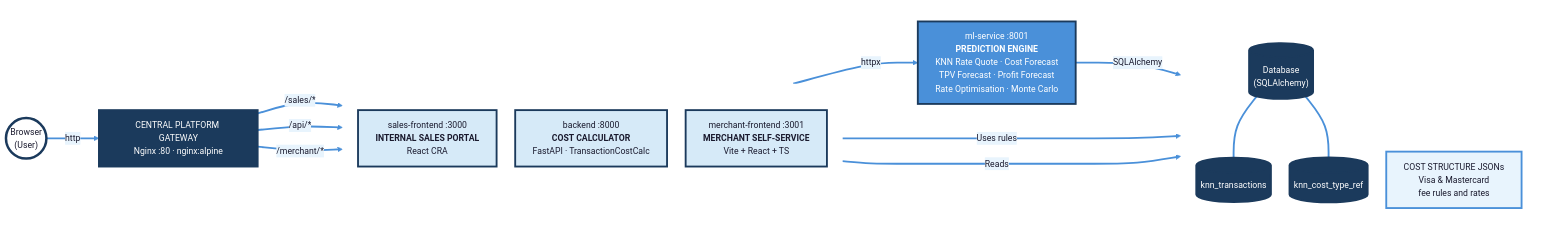
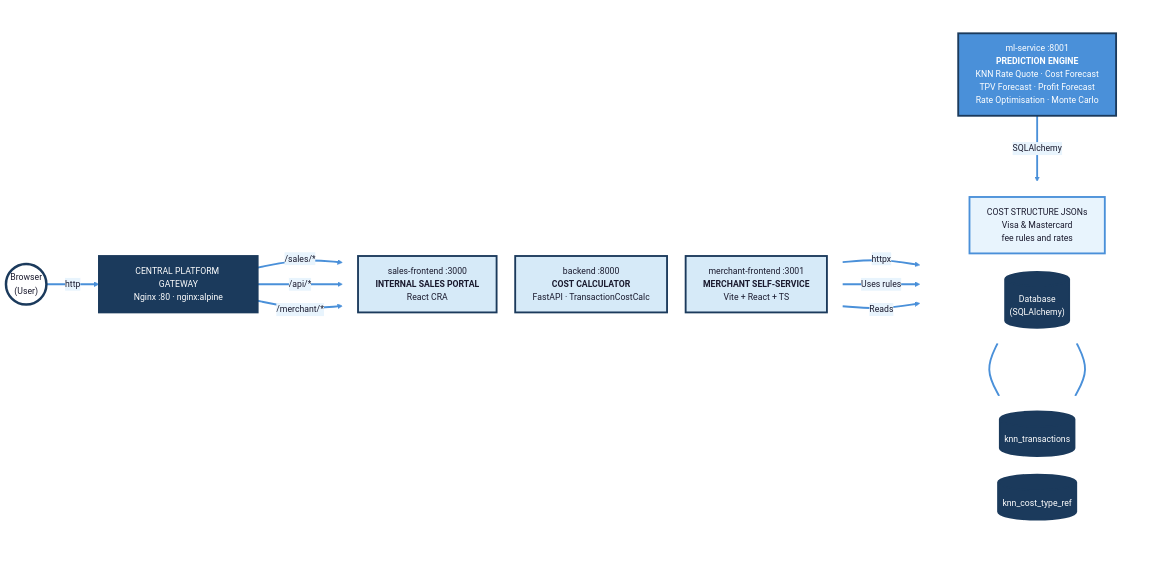
Before and after one commit to Yattmeo/404_found_us: the first of 11 diagrams in ARCHITECTURE.md, drawn with Mermaid.

Commit message:
mermaid js edits

````diff
--- a/ARCHITECTURE.md
+++ b/ARCHITECTURE.md
@@ -5,59 +5,64 @@
 ```mermaid
 %%{init: {'theme': 'base', 'themeVariables': { 'primaryColor': '#D6EAF8', 'primaryTextColor': '#1a1a2e', 'primaryBorderColor': '#4A90D9', 'lineColor': '#4A90D9', 'secondaryColor': '#E8F4FD', 'tertiaryColor': '#F5FAFF', 'fontFamily': 'Segoe UI, sans-serif', 'fontSize': '14px' }, 'flowchart': { 'nodeSpacing': 30, 'rankSpacing': 60, 'padding': 14 }}}%%
 graph LR
     USER(("Browser<br/>(User)"))
 
     USER -->|http| NG
 
     NG["CENTRAL PLATFORM GATEWAY<br/>Nginx :80 · nginx:alpine"]
 
     NG -->|"/sales/*"| FE
     NG -->|"/api/*"| BE
     NG -->|"/merchant/*"| MFE
 
     subgraph Services["  "]
         direction TB
         FE["sales-frontend :3000<br/><b>INTERNAL SALES PORTAL</b><br/>React CRA"]
         BE["backend :8000<br/><b>COST CALCULATOR</b><br/>FastAPI · TransactionCostCalc"]
         MFE["merchant-frontend :3001<br/><b>MERCHANT SELF-SERVICE</b><br/>Vite + React + TS"]
     end
 
     BE -->|httpx| MLS
 
-    subgraph MLBlock["  "]
+    subgraph RightSide["  "]
+        direction TB
         MLS["ml-service :8001<br/><b>PREDICTION ENGINE</b><br/>KNN Rate Quote · Cost Forecast<br/>TPV Forecast · Profit Forecast<br/>Rate Optimisation · Monte Carlo"]
+
+        subgraph DataLayer["  "]
+            direction LR
+            CS["COST STRUCTURE JSONs<br/>Visa & Mastercard<br/>fee rules and rates"]
+            DB[("Database<br/>(SQLAlchemy)")]
+        end
+
+        subgraph Tables["  "]
+            direction LR
+            DB1[("knn_transactions")]
+            DB2[("knn_cost_type_ref")]
+        end
     end
 
     MLS -->|SQLAlchemy| DB
-
-    subgraph DataBlock["  "]
-        direction TB
-        DB[("Database<br/>(SQLAlchemy)")]
-        CS["COST STRUCTURE JSONs<br/>Visa & Mastercard<br/>fee rules and rates"]
-        DB1[("knn_transactions")]
-        DB2[("knn_cost_type_ref")]
-    end
-
     BE -->|Uses rules| CS
     BE -->|Reads| DB
     DB --- DB1
     DB --- DB2
 
     style USER fill:#ffffff,stroke:#1B3A5C,stroke-width:4px,color:#1a1a2e
     style NG fill:#1B3A5C,stroke:#1B3A5C,stroke-width:3px,color:#ffffff
     style Services fill:#ffffff,stroke:#ffffff,stroke-width:0px
-    style MLBlock fill:#ffffff,stroke:#ffffff,stroke-width:0px
-    style DataBlock fill:#ffffff,stroke:#ffffff,stroke-width:0px
+    style RightSide fill:#ffffff,stroke:#ffffff,stroke-width:0px
+    style DataLayer fill:#ffffff,stroke:#ffffff,stroke-width:0px
+    style Tables fill:#ffffff,stroke:#ffffff,stroke-width:0px
 
     style FE fill:#D6EAF8,stroke:#1B3A5C,stroke-width:3px,color:#1a1a2e
     style BE fill:#D6EAF8,stroke:#1B3A5C,stroke-width:3px,color:#1a1a2e
     style MLS fill:#4A90D9,stroke:#1B3A5C,stroke-width:3px,color:#ffffff
     style MFE fill:#D6EAF8,stroke:#1B3A5C,stroke-width:3px,color:#1a1a2e
 
     style CS fill:#E8F4FD,stroke:#4A90D9,stroke-width:3px,color:#1a1a2e
     style DB fill:#1B3A5C,stroke:#1B3A5C,stroke-width:3px,color:#ffffff
     style DB1 fill:#1B3A5C,stroke:#1B3A5C,stroke-width:3px,color:#ffffff
     style DB2 fill:#1B3A5C,stroke:#1B3A5C,stroke-width:3px,color:#ffffff
 
     linkStyle default stroke:#4A90D9,stroke-width:3px
 ```
````
